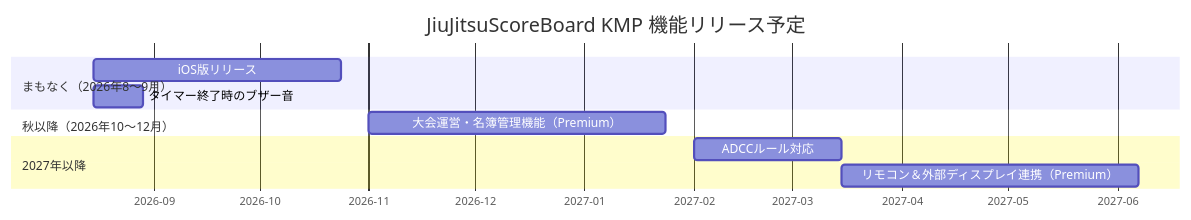
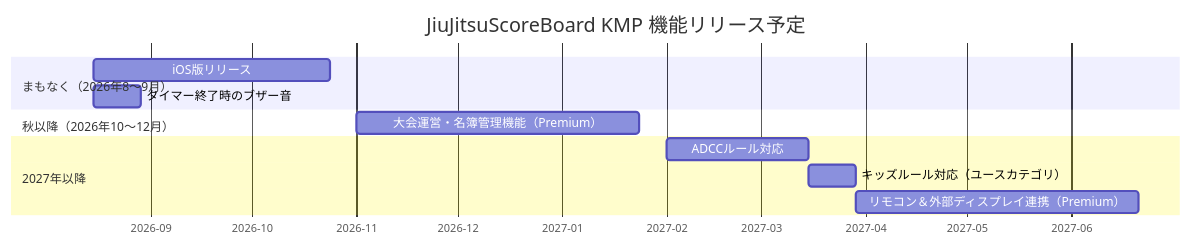
Before and after one commit to kusakabe-dev/kusakabe-dev.github.io: the diagram in blog/2026-08-09-user-roadmap.md, drawn with Mermaid. The commit also changed other lines of this file, not shown here.

Commit message:
blog: add kids rules to user roadmap

````diff
--- a/blog/2026-08-09-user-roadmap.md
+++ b/blog/2026-08-09-user-roadmap.md
@@ -15,17 +15,18 @@
 ```mermaid
 gantt
     title JiuJitsuScoreBoard KMP 機能リリース予定
     dateFormat  YYYY-MM-DD
     axisFormat  %Y-%m
 
     section まもなく（2026年8〜9月）
     iOS版リリース                    :s1, 2026-08-15, 10w
     タイマー終了時のブザー音            :a1, 2026-08-15, 2w
 
     section 秋以降（2026年10〜12月）
     大会運営・名簿管理機能（Premium）    :c1, 2026-11-01, 12w
 
     section 2027年以降
     ADCCルール対応                   :b1, 2027-02-01, 6w
-    リモコン＆外部ディスプレイ連携（Premium） :d1, after b1, 12w
+    キッズルール対応（ユースカテゴリ） :b2, after b1, 2w
+    リモコン＆外部ディスプレイ連携（Premium） :d1, after b2, 12w
 ```
````
